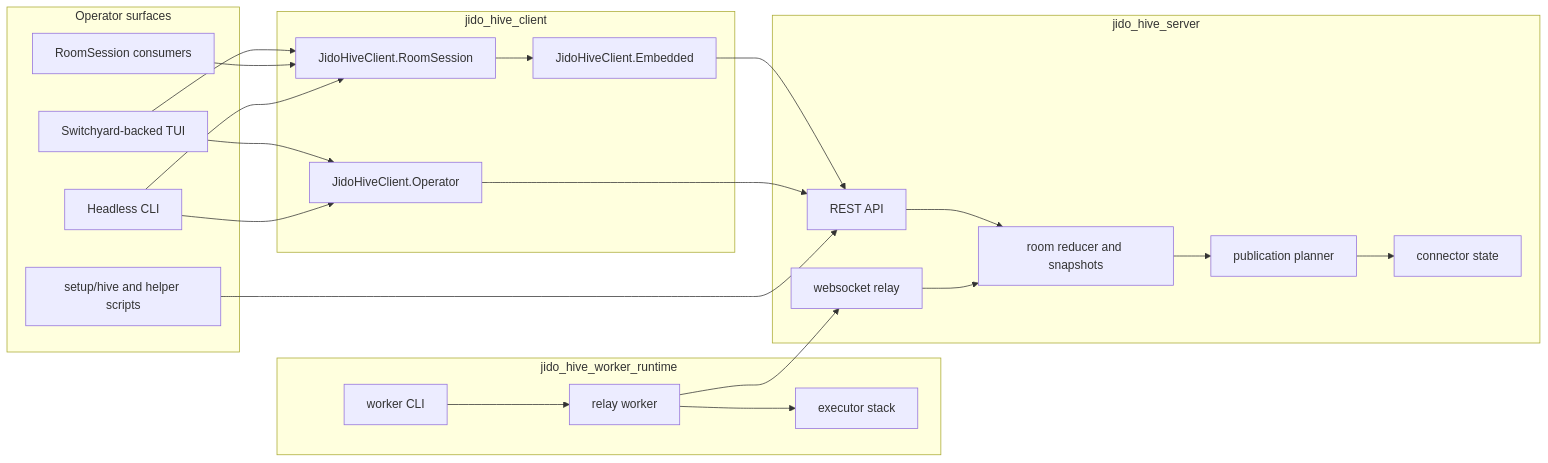
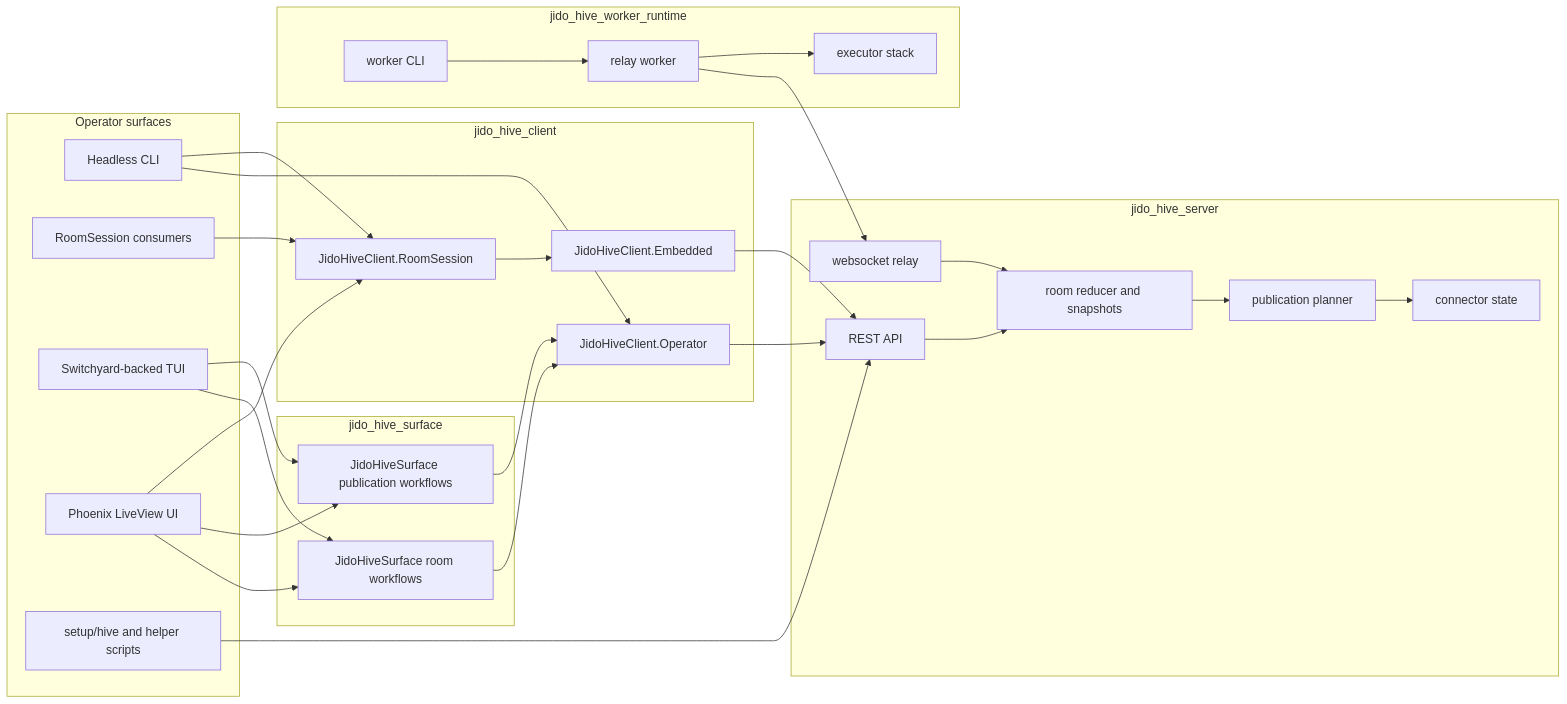
One commit to nshkrdotcom/jido_hive changed the diagram in README.md. Above: the diagram before and after it, drawn with Mermaid. The commit also changed other lines of this file and 72 other files, not shown here.

Commit message:
Generalize UI surface and add Phoenix web app

````diff
--- a/README.md
+++ b/README.md
@@ -109,46 +125,57 @@
 ```mermaid
 flowchart LR
     subgraph Operator[Operator surfaces]
       Headless[Headless CLI]
       Session[RoomSession consumers]
       TUI[Switchyard-backed TUI]
+      Web[Phoenix LiveView UI]
       Setup[setup/hive and helper scripts]
     end
 
     subgraph Client[jido_hive_client]
       OperatorAPI[JidoHiveClient.Operator]
       RoomSession[JidoHiveClient.RoomSession]
       Embedded[JidoHiveClient.Embedded]
+    end
+
+    subgraph Surface[jido_hive_surface]
+      SurfaceRooms[JidoHiveSurface room workflows]
+      SurfacePublish[JidoHiveSurface publication workflows]
     end
 
     subgraph Workers[jido_hive_worker_runtime]
       WorkerCLI[worker CLI]
       RelayWorker[relay worker]
       Executor[executor stack]
     end
 
     subgraph Server[jido_hive_server]
       API[REST API]
       Relay[websocket relay]
       Rooms[room reducer and snapshots]
       Publish[publication planner]
       Connectors[connector state]
     end
 
     Headless --> OperatorAPI
     Headless --> RoomSession
     Session --> RoomSession
-    TUI --> OperatorAPI
-    TUI --> RoomSession
+    TUI --> SurfaceRooms
+    TUI --> SurfacePublish
+    Web --> SurfaceRooms
+    Web --> SurfacePublish
     Setup --> API
+    SurfaceRooms --> OperatorAPI
+    SurfacePublish --> OperatorAPI
+    Web --> RoomSession
     RoomSession --> Embedded
     OperatorAPI --> API
     Embedded --> API
     WorkerCLI --> RelayWorker
     RelayWorker --> Relay
     Relay --> Rooms
     API --> Rooms
     Rooms --> Publish
     Publish --> Connectors
     RelayWorker --> Executor
 ```
````
